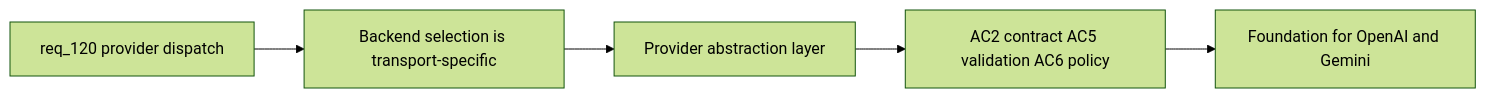
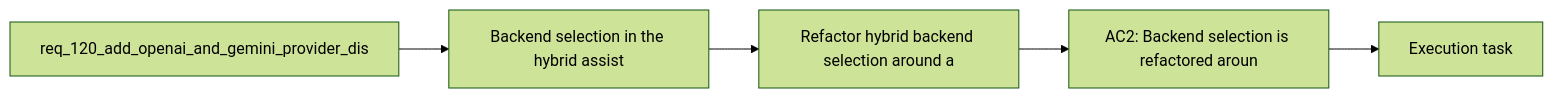
One commit to AlexAgo83/logics-manager changed the diagram in logics/backlog/item_213_refactor_hybrid_backend_selection_around_a_provider_abstraction.md. Above: the diagram before and after it, drawn with Mermaid (forest theme). The commit also changed 481 other files, not shown here.

````diff
--- a/logics/backlog/item_213_refactor_hybrid_backend_selection_around_a_provider_abstraction.md
+++ b/logics/backlog/item_213_refactor_hybrid_backend_selection_around_a_provider_abstraction.md
@@ -21,9 +21,9 @@
 ```mermaid
 %% logics-kind: backlog
 %% logics-signature: backlog|refactor-hybrid-backend-selection-around|req-120-add-openai-and-gemini-provider-d|backend-selection-in-the-hybrid-assist|ac2-backend-selection-is-refactored-arou
 flowchart LR
-    Request[req_120 provider dispatch] --> Problem[Backend selection is transport-specific]
-    Problem --> Scope[Provider abstraction layer]
-    Scope --> AC[AC2 contract AC5 validation AC6 policy]
-    AC --> Foundation[Foundation for OpenAI and Gemini]
+    Request[req_120_add_openai_and_gemini_provider_dis] --> Problem[Backend selection in the hybrid assist]
+    Problem --> Scope[Refactor hybrid backend selection around a]
+    Scope --> Acceptance[AC2: Backend selection is refactored aroun]
+    Acceptance --> Tasks[Execution task]
 ```
````
